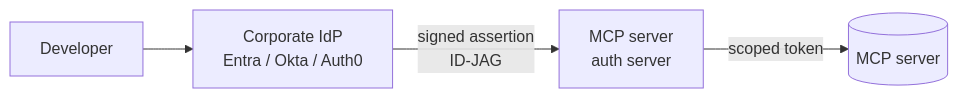
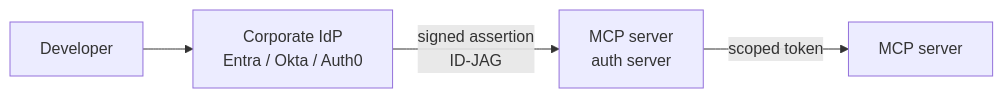
One commit to hiddedesmet/myblog changed the second of 2 diagrams in _posts/2026-06-26-mcp-enterprise-authorization.md. Above: the diagram before and after it, drawn with Mermaid. The commit also changed other lines of this file, not shown here.

Commit message:
fix: update diagram labels for consistency in MCP enterprise authorization post

````diff
--- a/_posts/2026-06-26-mcp-enterprise-authorization.md
+++ b/_posts/2026-06-26-mcp-enterprise-authorization.md
@@ -51,6 +51,6 @@
 ```mermaid
 flowchart LR
     A["Developer"] --> B["Corporate IdP<br/>Entra / Okta / Auth0"]
     B -->|"signed assertion<br/>ID-JAG"| C["MCP server<br/>auth server"]
-    C -->|"scoped token"| D[("MCP server")]
+    C -->|"scoped token"| D["MCP server"]
 ```
````
